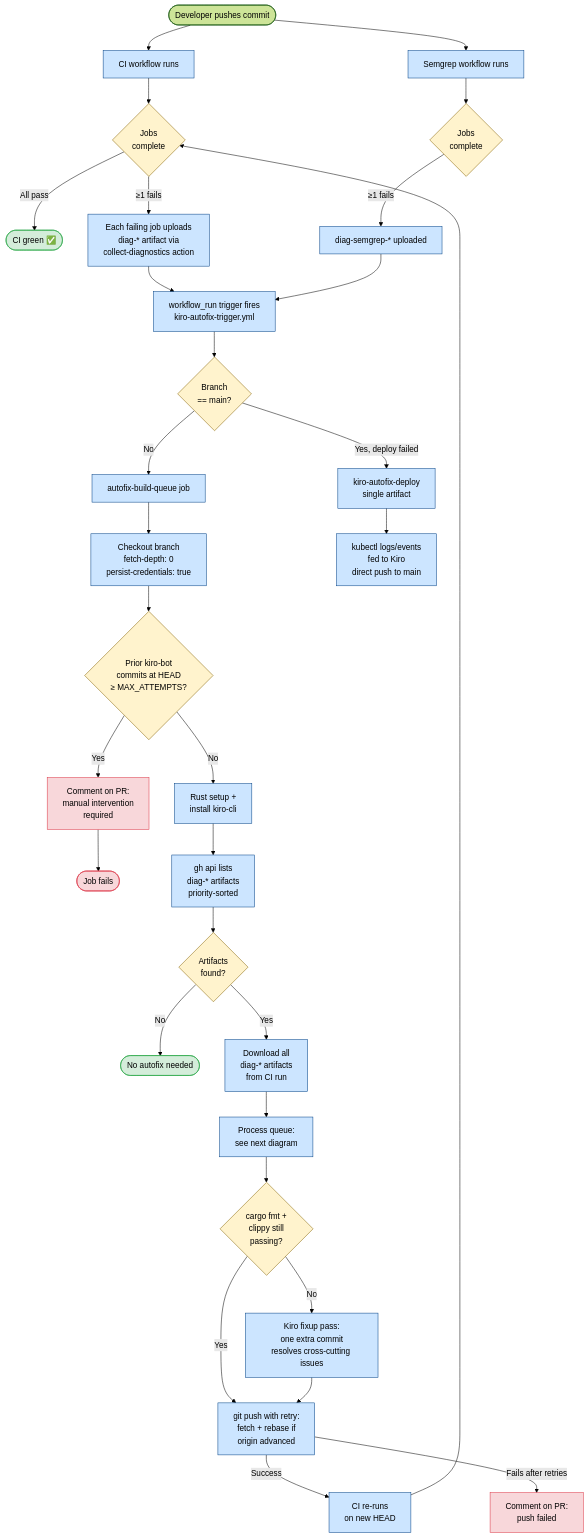
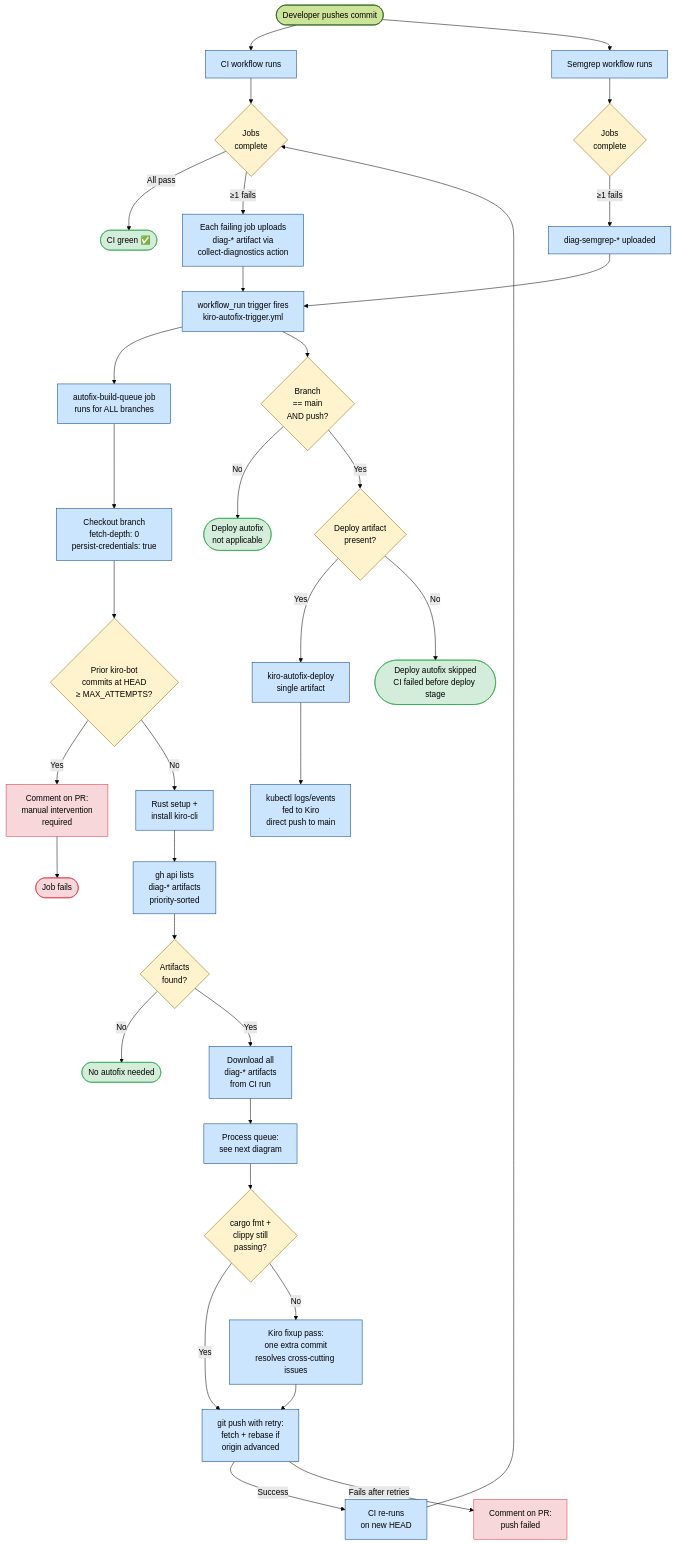
The first of 4 diagrams in docs/kiro-autofix-flow.md (perezjoseph/Gestion-inmobiliaria), drawn with Mermaid (forest theme) before and after one commit. The commit also changed 237 other files, not shown here.

````diff
--- a/docs/kiro-autofix-flow.md
+++ b/docs/kiro-autofix-flow.md
@@ -10,59 +10,62 @@
 ```mermaid
 flowchart TD
     Start([Developer pushes commit]) --> CI[CI workflow runs]
     Start --> Semgrep[Semgrep workflow runs]
 
     CI --> CIJobs{Jobs<br/>complete}
     Semgrep --> SemgrepJobs{Jobs<br/>complete}
 
     CIJobs -->|All pass| Done([CI green ✅])
     CIJobs -->|≥1 fails| UploadCI[Each failing job uploads<br/>diag-* artifact via<br/>collect-diagnostics action]
     SemgrepJobs -->|≥1 fails| UploadSem[diag-semgrep-* uploaded]
 
     UploadCI --> Trigger
     UploadSem --> Trigger
 
     Trigger[workflow_run trigger fires<br/>kiro-autofix-trigger.yml]
-    Trigger --> Branch{Branch<br/>== main?}
+    Trigger --> BuildQueue[autofix-build-queue job<br/>runs for ALL branches]
+    Trigger --> MainCheck{Branch<br/>== main<br/>AND push?}
 
-    Branch -->|No| BuildQueue[autofix-build-queue job]
-    Branch -->|Yes, deploy failed| DeployFix[kiro-autofix-deploy<br/>single artifact]
+    MainCheck -->|No| NoDeployFix([Deploy autofix<br/>not applicable])
+    MainCheck -->|Yes| DeployPrecheck{Deploy artifact<br/>present?}
+    DeployPrecheck -->|Yes| DeployFix[kiro-autofix-deploy<br/>single artifact]
+    DeployPrecheck -->|No| DeploySkip([Deploy autofix skipped<br/>CI failed before deploy stage])
 
     BuildQueue --> Checkout[Checkout branch<br/>fetch-depth: 0<br/>persist-credentials: true]
     Checkout --> CountAttempts{Prior kiro-bot<br/>commits at HEAD<br/>≥ MAX_ATTEMPTS?}
 
     CountAttempts -->|Yes| Notify[Comment on PR:<br/>manual intervention<br/>required]
     Notify --> Fail([Job fails])
 
     CountAttempts -->|No| Setup[Rust setup +<br/>install kiro-cli]
     Setup --> ListArtifacts[gh api lists<br/>diag-* artifacts<br/>priority-sorted]
 
     ListArtifacts --> HasArtifacts{Artifacts<br/>found?}
     HasArtifacts -->|No| Skip([No autofix needed])
     HasArtifacts -->|Yes| Download[Download all<br/>diag-* artifacts<br/>from CI run]
 
     Download --> Loop[Process queue:<br/>see next diagram]
     Loop --> CumulativeVerify{cargo fmt +<br/>clippy still<br/>passing?}
 
     CumulativeVerify -->|Yes| Push
     CumulativeVerify -->|No| Fixup[Kiro fixup pass:<br/>one extra commit<br/>resolves cross-cutting issues]
     Fixup --> Push
 
     Push[git push with retry:<br/>fetch + rebase if<br/>origin advanced]
     Push -->|Success| NewCI[CI re-runs<br/>on new HEAD]
     Push -->|Fails after retries| PushFail[Comment on PR:<br/>push failed]
 
     NewCI --> CIJobs
 
     DeployFix --> KubeFix[kubectl logs/events<br/>fed to Kiro<br/>direct push to main]
 
     classDef success fill:#d4edda,stroke:#28a745
     classDef failure fill:#f8d7da,stroke:#dc3545
     classDef process fill:#cce5ff,stroke:#004085
     classDef decision fill:#fff3cd,stroke:#856404
 
-    class Done,Skip success
+    class Done,Skip,DeploySkip,NoDeployFix success
     class Fail,Notify,PushFail failure
     class CI,Semgrep,UploadCI,UploadSem,Trigger,Checkout,Setup,ListArtifacts,Download,Loop,Fixup,Push,NewCI,DeployFix,KubeFix,BuildQueue process
-    class CIJobs,SemgrepJobs,Branch,CountAttempts,HasArtifacts,CumulativeVerify decision
+    class CIJobs,SemgrepJobs,MainCheck,CountAttempts,HasArtifacts,CumulativeVerify,DeployPrecheck decision
 ```
````
